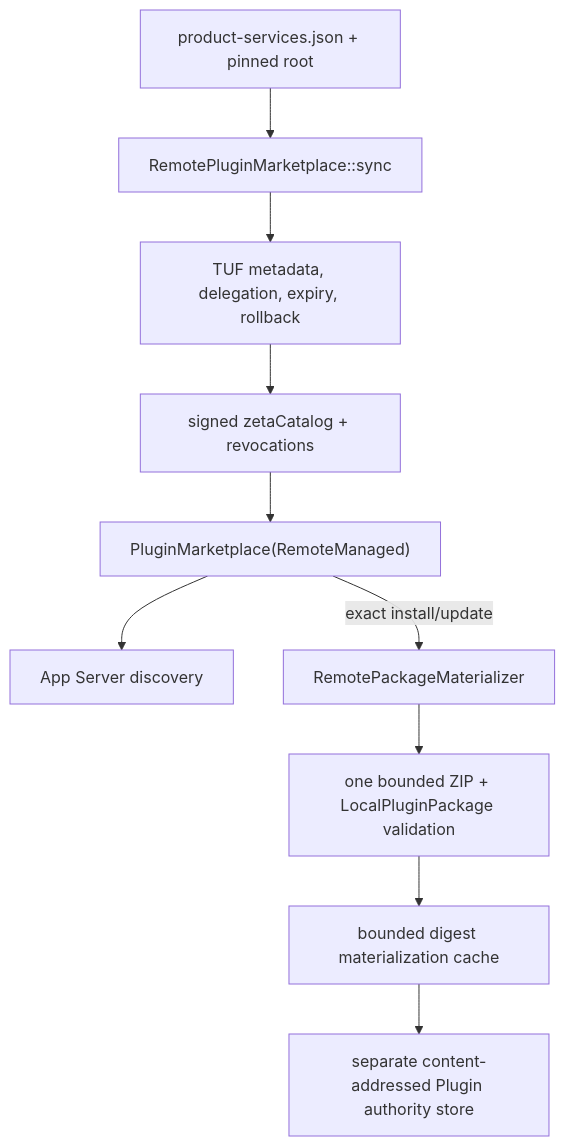
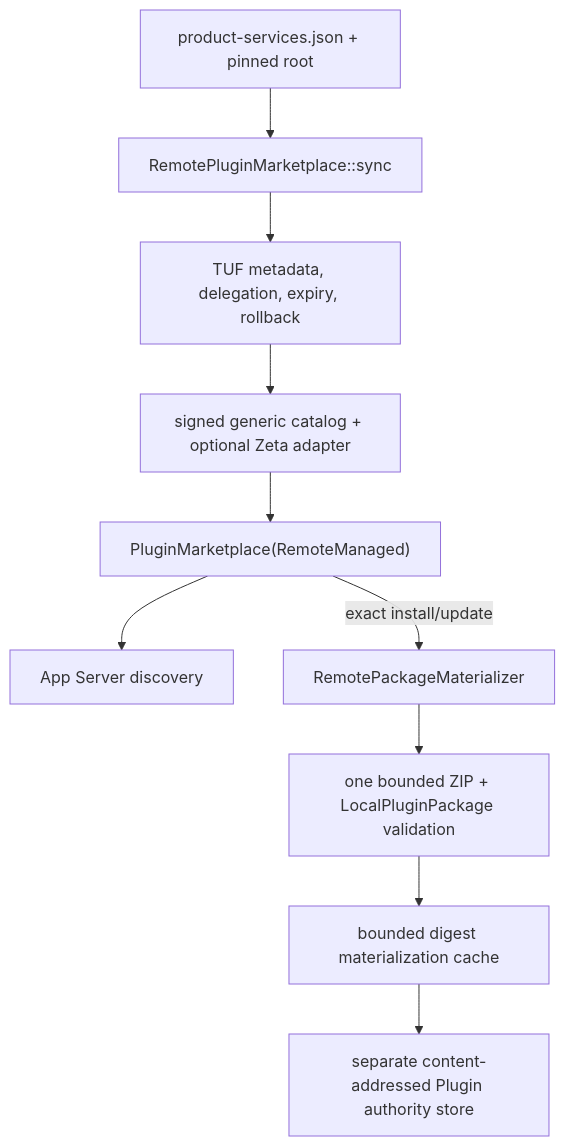
The diagram in zeta-rs/plugin-marketplace/README.md (chogng/zeta), drawn with Mermaid before and after one commit. The commit also changed other lines of this file and 13 other files, not shown here.

````diff
--- a/zeta-rs/plugin-marketplace/README.md
+++ b/zeta-rs/plugin-marketplace/README.md
@@ -47,12 +48,12 @@
 ```mermaid
 flowchart TD
     C["product-services.json + pinned root"] --> S["RemotePluginMarketplace::sync"]
     S --> T["TUF metadata, delegation, expiry, rollback"]
-    T --> D["signed zetaCatalog + revocations"]
+    T --> D["signed generic catalog + optional Zeta adapter"]
     D --> M["PluginMarketplace(RemoteManaged)"]
     M --> A["App Server discovery"]
     M -->|"exact install/update"| P["RemotePackageMaterializer"]
     P --> Z["one bounded ZIP + LocalPluginPackage validation"]
     Z --> Q["bounded digest materialization cache"]
     Q --> O["separate content-addressed Plugin authority store"]
 ```
````
